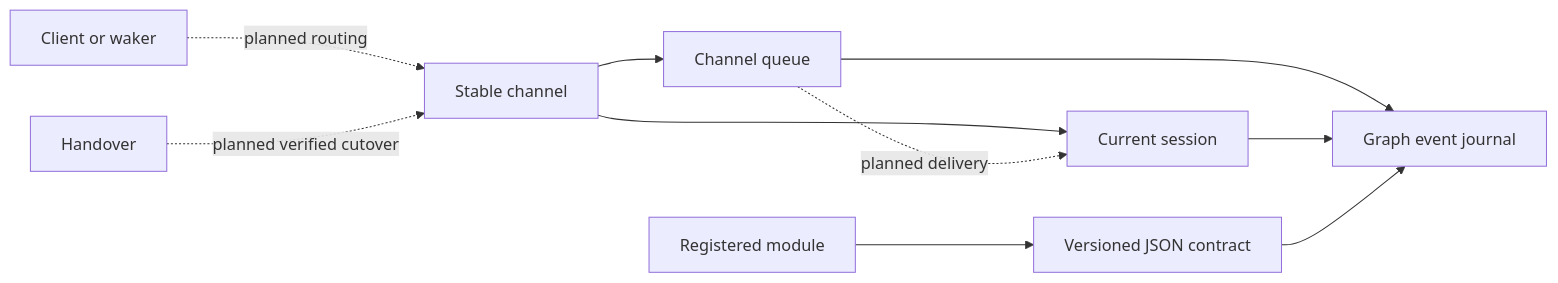
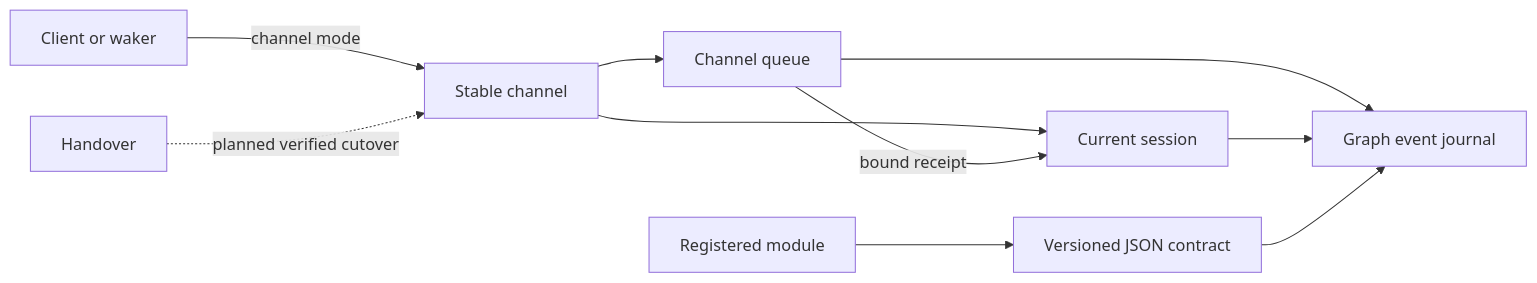
The diagram in docs/design/plexus-architecture.mmd (NestDevLab/agent-mesh), drawn with Mermaid before and after one commit. The commit also changed 7 other files, not shown here.

```diff
--- a/docs/design/plexus-architecture.mmd
+++ b/docs/design/plexus-architecture.mmd
@@ -1,10 +1,10 @@
 flowchart LR
-  Client["Client or waker"] -. "planned routing" .-> Channel["Stable channel"]
+  Client["Client or waker"] -- "channel mode" --> Channel["Stable channel"]
   Channel --> Queue["Channel queue"]
   Channel --> Session["Current session"]
   Queue --> Journal["Graph event journal"]
   Session --> Journal
   Module["Registered module"] --> Contract["Versioned JSON contract"]
   Contract --> Journal
-  Queue -. "planned delivery" .-> Session
+  Queue -- "bound receipt" --> Session
   Handover["Handover"] -. "planned verified cutover" .-> Channel
```
